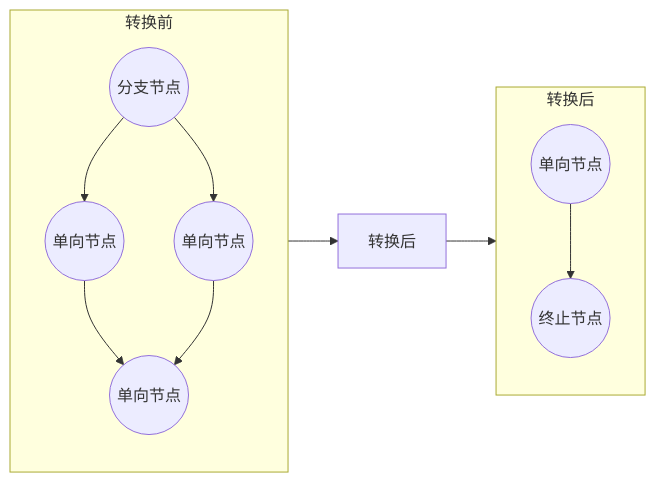
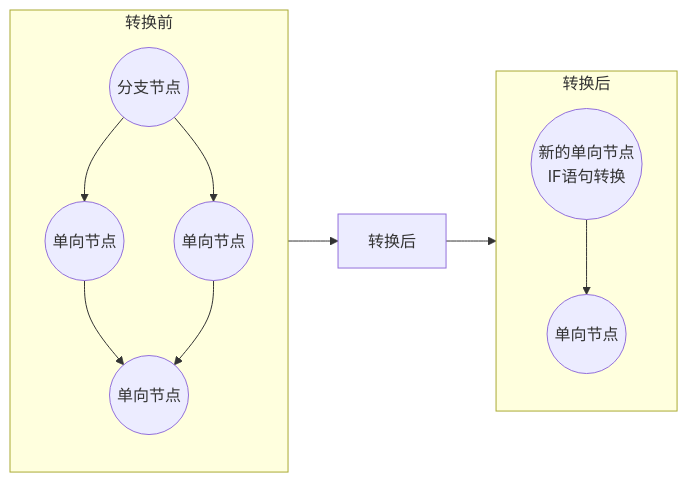
One commit to jsCrack8/JavaScript-Deobfuscator changed diagram 16 of 22 in 控制流节点合并说明文档.md. Above: the diagram before and after it, drawn with Mermaid. The commit also changed other lines of this file, not shown here.

````diff
--- a/控制流节点合并说明文档.md
+++ b/控制流节点合并说明文档.md
@@ -325,22 +332,22 @@
 ```mermaid
 flowchart LR
   subgraph L6["转换前"]
     direction TB
     A6(("分支节点"))
     B6(("单向节点"))
     C6(("单向节点"))
     D6(("单向节点"))
     A6 --> B6
     A6 --> C6
     B6 --> D6
     C6 --> D6
   end
-  D6 --> X6["转换后"]
+  X6["转换后"]
   subgraph R6["转换后"]
     direction TB
-    E6(("单向节点"))
-    F6(("终止节点"))
+    E6(("新的单向节点<br/>IF语句转换"))
+    F6(("单向节点"))
     E6 --> F6
   end
-  X6 --> E6
+  L6 --> X6 --> R6
 ```
````
